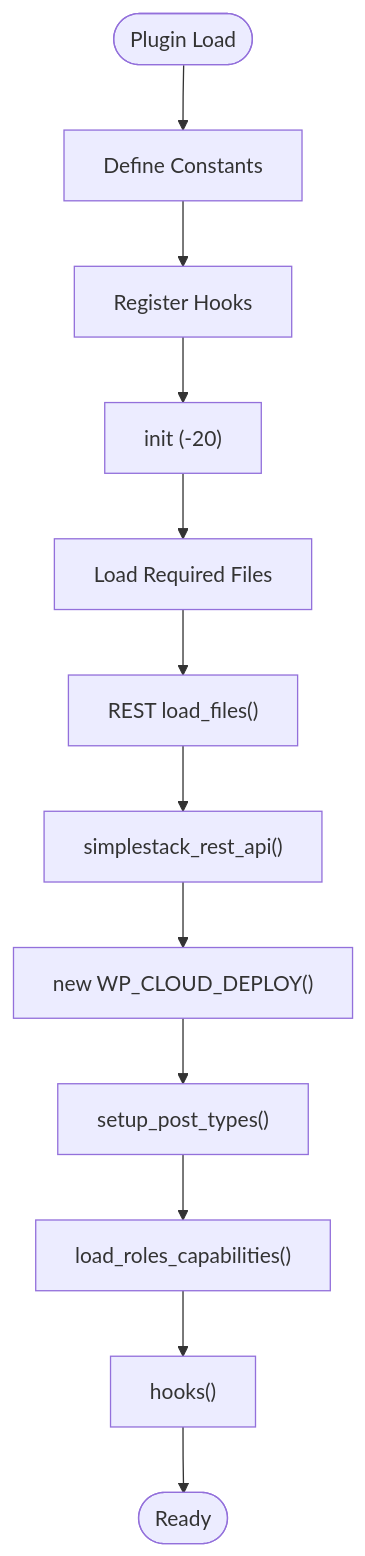
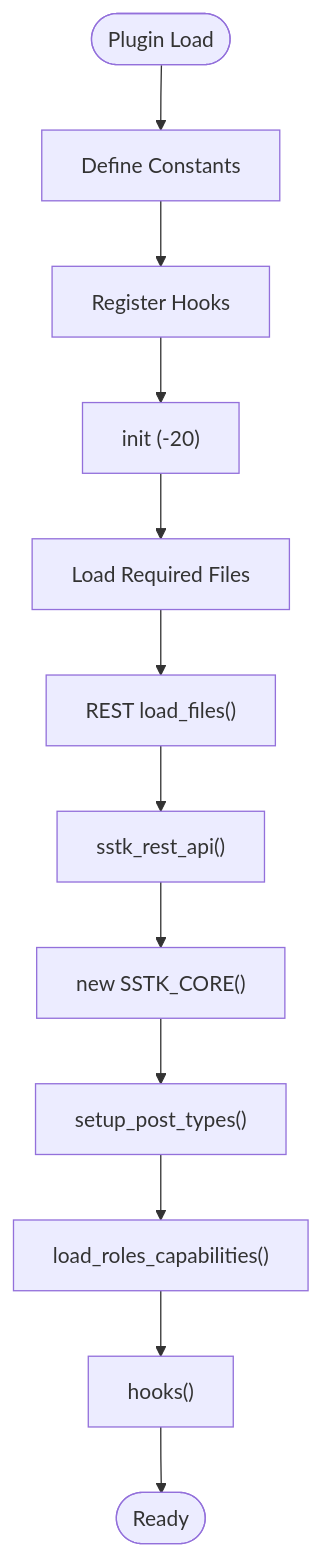
Before and after one commit to onedogsolutions/simple-stack: the fifth of 5 diagrams in .qoder/repowiki/en/content/Core Components/Plugin Bootstrap & Initialization.md, drawn with Mermaid. The commit also changed other lines of this file and 5941 other files, not shown here.

First line of the commit message:
refactor(core): rebrand WPCloudDeploy to Simple Stack with new namespaces and prefixes

````diff
--- a/.qoder/repowiki/en/content/Core Components/Plugin Bootstrap & Initialization.md
+++ b/.qoder/repowiki/en/content/Core Components/Plugin Bootstrap & Initialization.md
@@ -356,14 +355,14 @@
 ```mermaid
 flowchart TD
 Start(["Plugin Load"]) --> Constants["Define Constants"]
 Constants --> Hooks["Register Hooks"]
 Hooks --> InitHook["init (-20)"]
 InitHook --> LoadFiles["Load Required Files"]
 LoadFiles --> RESTLoad["REST load_files()"]
-RESTLoad --> RESTInstance["simplestack_rest_api()"]
-RESTInstance --> MainConstruct["new WP_CLOUD_DEPLOY()"]
+RESTLoad --> RESTInstance["sstk_rest_api()"]
+RESTInstance --> MainConstruct["new SSTK_CORE()"]
 MainConstruct --> PostTypes["setup_post_types()"]
 PostTypes --> Roles["load_roles_capabilities()"]
 Roles --> AdminHooks["hooks()"]
 AdminHooks --> End(["Ready"])
 ```
````
